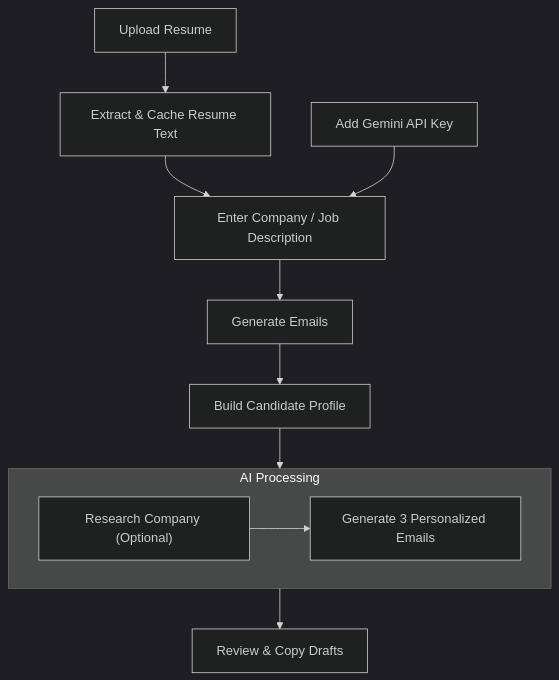
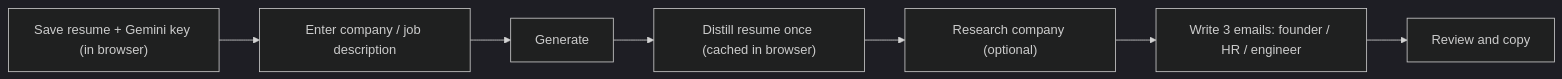
The diagram in README.md (dv2202/cold_email), drawn with Mermaid (dark theme) before and after one commit. The commit also changed other lines of this file, not shown here.

````diff
--- a/README.md
+++ b/README.md
@@ -11,17 +7,9 @@
 ```mermaid
-flowchart TB
-    A["Upload Resume"] --> B["Extract & Cache Resume Text"]
-    B --> C["Enter Company / Job Description"]
-    K["Add Gemini API Key"] --> C
-
-    C --> D["Generate Emails"]
-    D --> E["Build Candidate Profile"]
-
-    subgraph AI["AI Processing"]
-        direction LR
-        F["Research Company (Optional)"] --> G["Generate 3 Personalized Emails"]
-    end
-
-    E --> F
-    G --> H["Review & Copy Drafts"]
+flowchart LR
+    A["Save resume + Gemini key (in browser)"] --> B["Enter company / job description"]
+    B --> C["Generate"]
+    C --> D["Distill resume once (cached in browser)"]
+    D --> E["Research company (optional)"]
+    E --> F["Write 3 emails: founder / HR / engineer"]
+    F --> G["Review and copy"]
 ```
````
